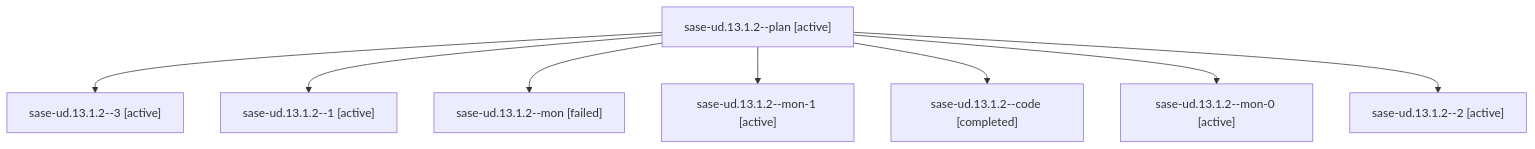
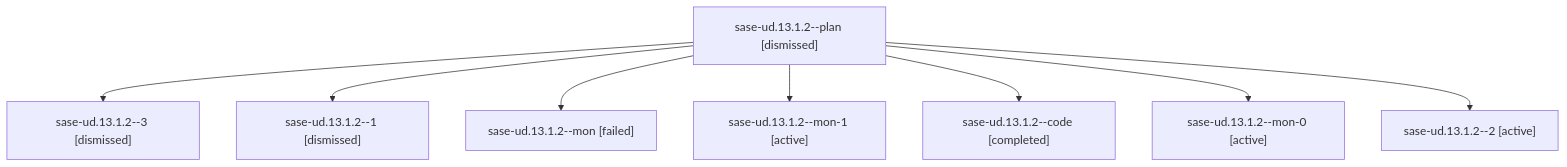
The diagram in sessions/bbugyi200.athena.sase-ud.13.1.2.md (sase-org/sase--agents), drawn with Mermaid before and after one commit. The commit also changed other lines of this file and 262 other files, not shown here.

````diff
--- a/sessions/bbugyi200.athena.sase-ud.13.1.2.md
+++ b/sessions/bbugyi200.athena.sase-ud.13.1.2.md
@@ -9,18 +9,18 @@
 ```mermaid
 flowchart TD
-  n0["sase-ud.13.1.2--plan [active]"]
-  n1["sase-ud.13.1.2--3 [active]"]
+  n0["sase-ud.13.1.2--plan [dismissed]"]
+  n1["sase-ud.13.1.2--3 [dismissed]"]
   n0 --> n1
-  n2["sase-ud.13.1.2--1 [active]"]
+  n2["sase-ud.13.1.2--1 [dismissed]"]
   n0 --> n2
   n3["sase-ud.13.1.2--mon [failed]"]
   n0 --> n3
   n4["sase-ud.13.1.2--mon-1 [active]"]
   n0 --> n4
   n5["sase-ud.13.1.2--code [completed]"]
   n0 --> n5
   n6["sase-ud.13.1.2--mon-0 [active]"]
   n0 --> n6
   n7["sase-ud.13.1.2--2 [active]"]
   n0 --> n7
 ```
````
